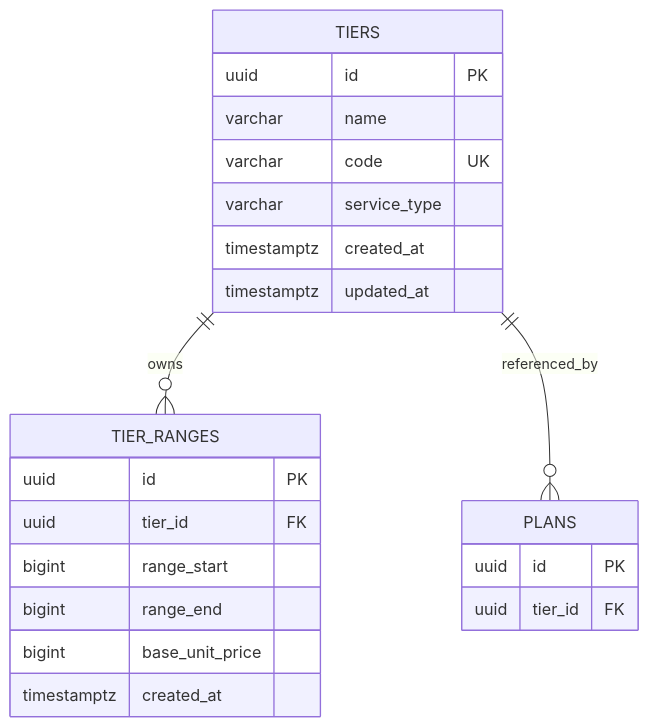
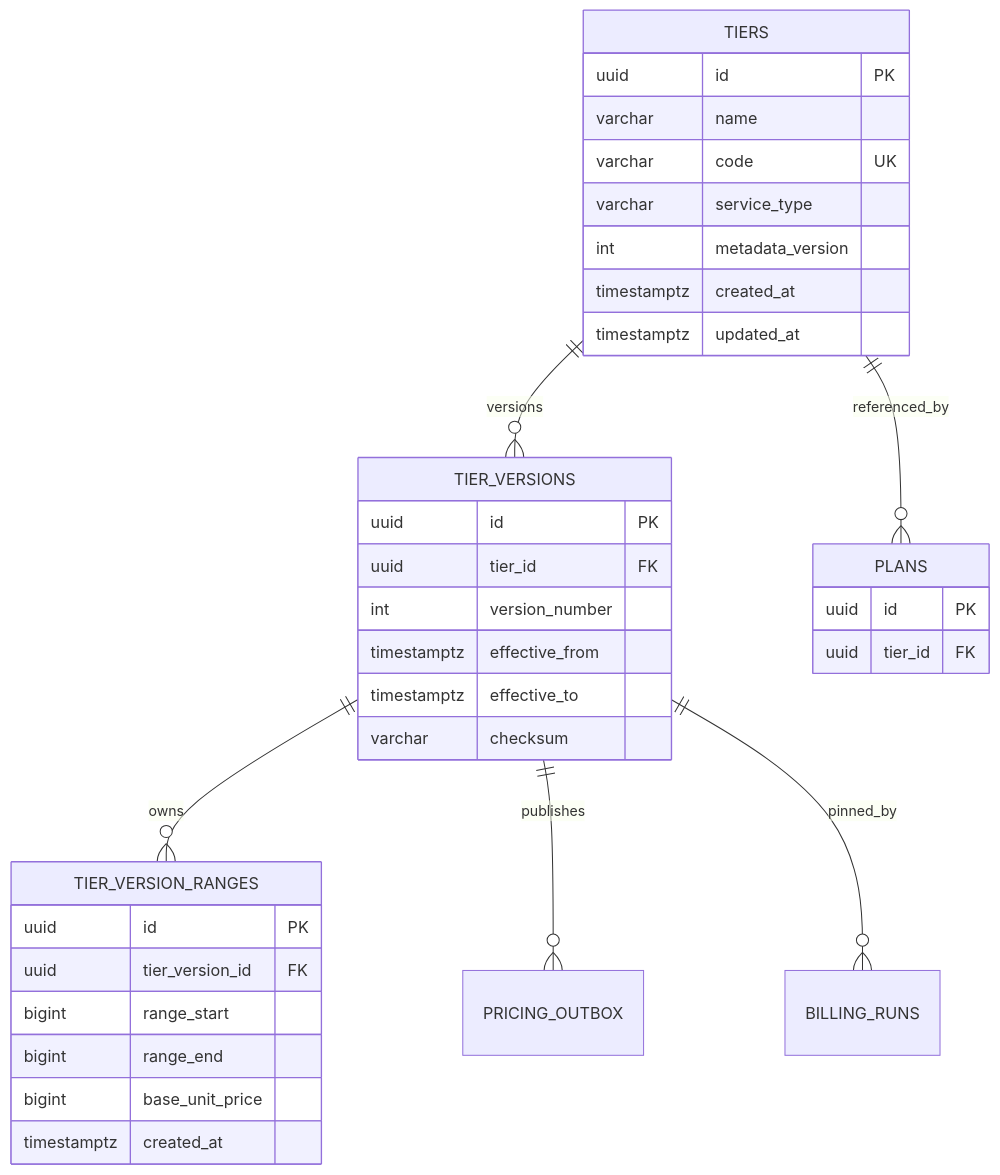
The third of 16 diagrams in god_view/billing/tier_catalog_god_view.md (phucle996/aurora), drawn with Mermaid before and after one commit. The commit also changed other lines of this file and 71 other files, not shown here.

Commit message:
feat: implement pricing outbox relay, redesign billing schema, and integrate engine runtime services

````diff
--- a/god_view/billing/tier_catalog_god_view.md
+++ b/god_view/billing/tier_catalog_god_view.md
@@ -191,28 +199,41 @@
 ```mermaid
 erDiagram
-    TIERS ||--o{ TIER_RANGES : owns
+    TIERS ||--o{ TIER_VERSIONS : versions
+    TIER_VERSIONS ||--o{ TIER_VERSION_RANGES : owns
+    TIER_VERSIONS ||--o{ PRICING_OUTBOX : publishes
+    TIER_VERSIONS ||--o{ BILLING_RUNS : pinned_by
     TIERS ||--o{ PLANS : referenced_by
 
     TIERS {
       uuid id PK
       varchar name
       varchar code UK
       varchar service_type
+      int metadata_version
       timestamptz created_at
       timestamptz updated_at
     }
 
-    TIER_RANGES {
+    TIER_VERSIONS {
       uuid id PK
       uuid tier_id FK
+      int version_number
+      timestamptz effective_from
+      timestamptz effective_to
+      varchar checksum
+    }
+
+    TIER_VERSION_RANGES {
+      uuid id PK
+      uuid tier_version_id FK
       bigint range_start
       bigint range_end
       bigint base_unit_price
       timestamptz created_at
     }
 
     PLANS {
       uuid id PK
       uuid tier_id FK
     }
 ```
````
